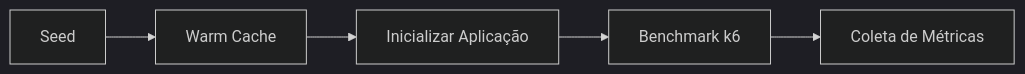
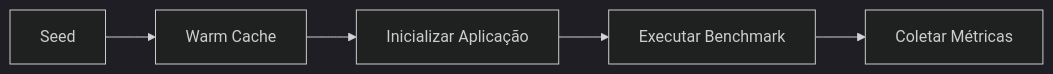
The sixth of 7 diagrams in README.md (Eduardoss45/grpc-playground), drawn with Mermaid (dark theme) before and after one commit. The commit also changed other lines of this file, not shown here.

````diff
--- a/README.md
+++ b/README.md
@@ -474,21 +538,21 @@
 ```mermaid
 flowchart LR
 
 Seed["Seed"]
 
 Warm["Warm Cache"]
 
 Start["Inicializar Aplicação"]
 
-Bench["Benchmark k6"]
+Bench["Executar Benchmark"]
 
-Metrics["Coleta de Métricas"]
+Metrics["Coletar Métricas"]
 
 Seed --> Warm
 
 Warm --> Start
 
 Start --> Bench
 
 Bench --> Metrics
 ```
````
